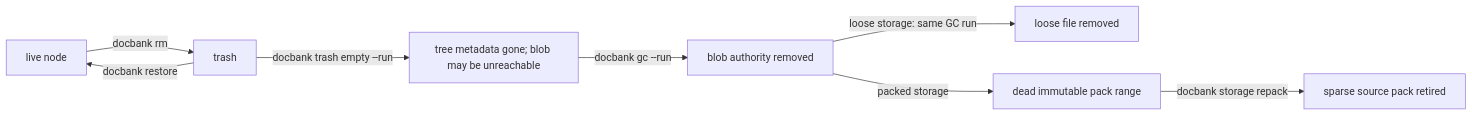
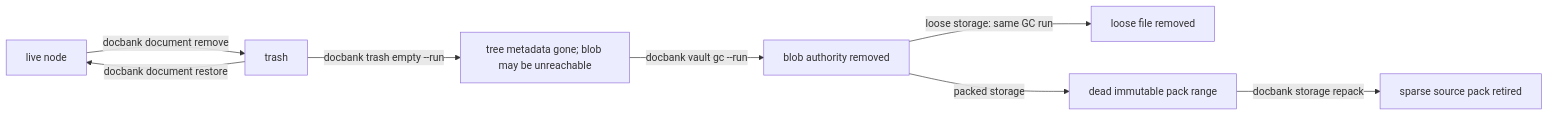
One commit to kenn-io/docbank changed the diagram in docs/usage/trash-and-gc.md. Above: the diagram before and after it, drawn with Mermaid. The commit also changed other lines of this file and 83 other files, not shown here.

First line of the commit message:
Group document, vault, email and report CLI commands (#1191)

````diff
--- a/docs/usage/trash-and-gc.md
+++ b/docs/usage/trash-and-gc.md
@@ -15,10 +15,10 @@
 ```mermaid
 flowchart LR
-    A[live node] -- "docbank rm" --> B[trash]
-    B -- "docbank restore" --> A
+    A[live node] -- "docbank document remove" --> B[trash]
+    B -- "docbank document restore" --> A
     B -- "docbank trash empty --run" --> C[tree metadata gone; blob may be unreachable]
-    C -- "docbank gc --run" --> D[blob authority removed]
+    C -- "docbank vault gc --run" --> D[blob authority removed]
     D -- "loose storage: same GC run" --> E[loose file removed]
     D -- "packed storage" --> F[dead immutable pack range]
     F -- "docbank storage repack" --> G[sparse source pack retired]
 ```
````
